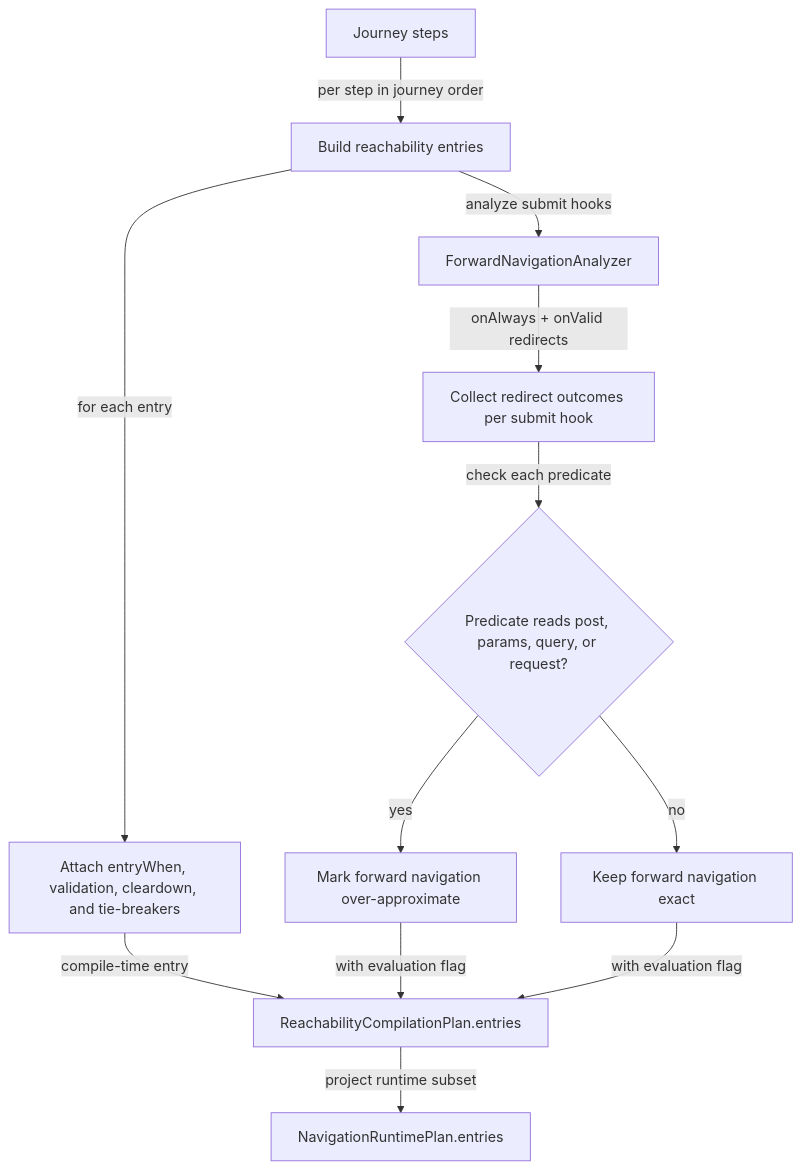
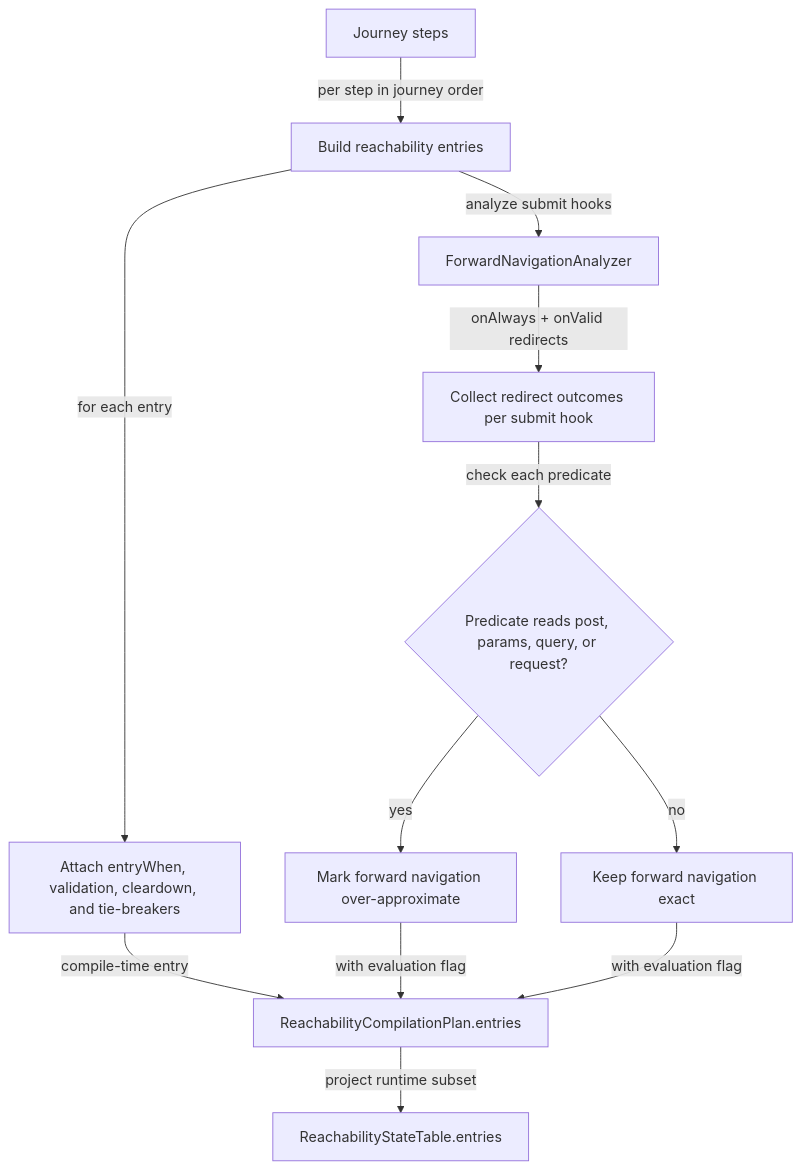
The diagram in packages/forge-core/src/engine/compilation/dependency-analysis/reachability/README.md (ministryofjustice/hmpps-forge), drawn with Mermaid before and after one commit. The commit also changed other lines of this file and 62 other files, not shown here.

````diff
--- a/packages/forge-core/src/engine/compilation/dependency-analysis/reachability/README.md
+++ b/packages/forge-core/src/engine/compilation/dependency-analysis/reachability/README.md
@@ -32,14 +31,14 @@
 ```mermaid
 flowchart TD
   journeySteps["Journey steps"] -->|per step in journey order| entries["Build reachability entries"]
   entries -->|for each entry| stepMetadata["Attach entryWhen, validation, cleardown, and tie-breakers"]
   entries -->|analyze submit hooks| forwardAnalyzer["ForwardNavigationAnalyzer"]
   forwardAnalyzer -->|onAlways + onValid redirects| redirectGroups["Collect redirect outcomes per submit hook"]
   redirectGroups -->|check each predicate| requestTimeCheck{"Predicate reads post, params, query, or request?"}
   requestTimeCheck -->|yes| overApproximate["Mark forward navigation over-approximate"]
   requestTimeCheck -->|no| exact["Keep forward navigation exact"]
   stepMetadata -->|compile-time entry| reachabilityPlan["ReachabilityCompilationPlan.entries"]
   overApproximate -->|with evaluation flag| reachabilityPlan
   exact -->|with evaluation flag| reachabilityPlan
-  reachabilityPlan -->|project runtime subset| navigationPlan["NavigationRuntimePlan.entries"]
+  reachabilityPlan -->|project runtime subset| stateTable["ReachabilityStateTable.entries"]
 ```
````
